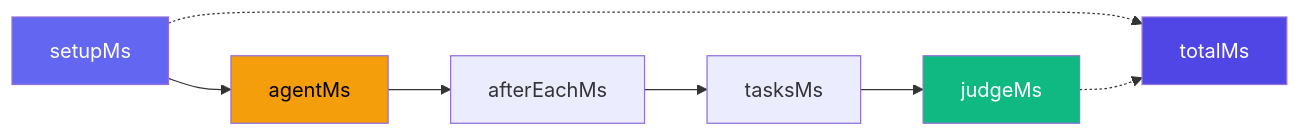
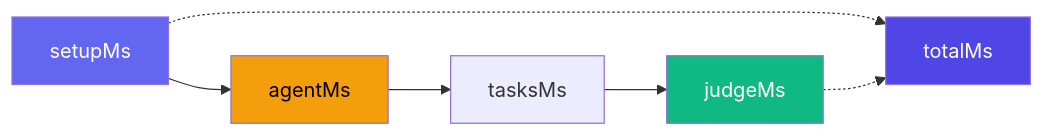
The second of 2 diagrams in apps/docs/api/types.md (Tlahey/agent-eval), drawn with Mermaid before and after one commit. The commit also changed other lines of this file and 23 other files, not shown here.

First line of the commit message:
refactor: remove deprecated config afterEach commands

````diff
--- a/apps/docs/api/types.md
+++ b/apps/docs/api/types.md
@@ -108,11 +107,11 @@
 ```mermaid
 flowchart LR
-    S["setupMs"] --> A["agentMs"] --> AE["afterEachMs"] --> T["tasksMs"] --> J["judgeMs"]
+    S["setupMs"] --> A["agentMs"] --> T["tasksMs"] --> J["judgeMs"]
     S -.-> TOTAL["totalMs"]
     J -.-> TOTAL
 
     style S fill:#6366f1,color:#fff
     style A fill:#f59e0b,color:#000
     style J fill:#10b981,color:#fff
     style TOTAL fill:#4f46e5,color:#fff
 ```
````
